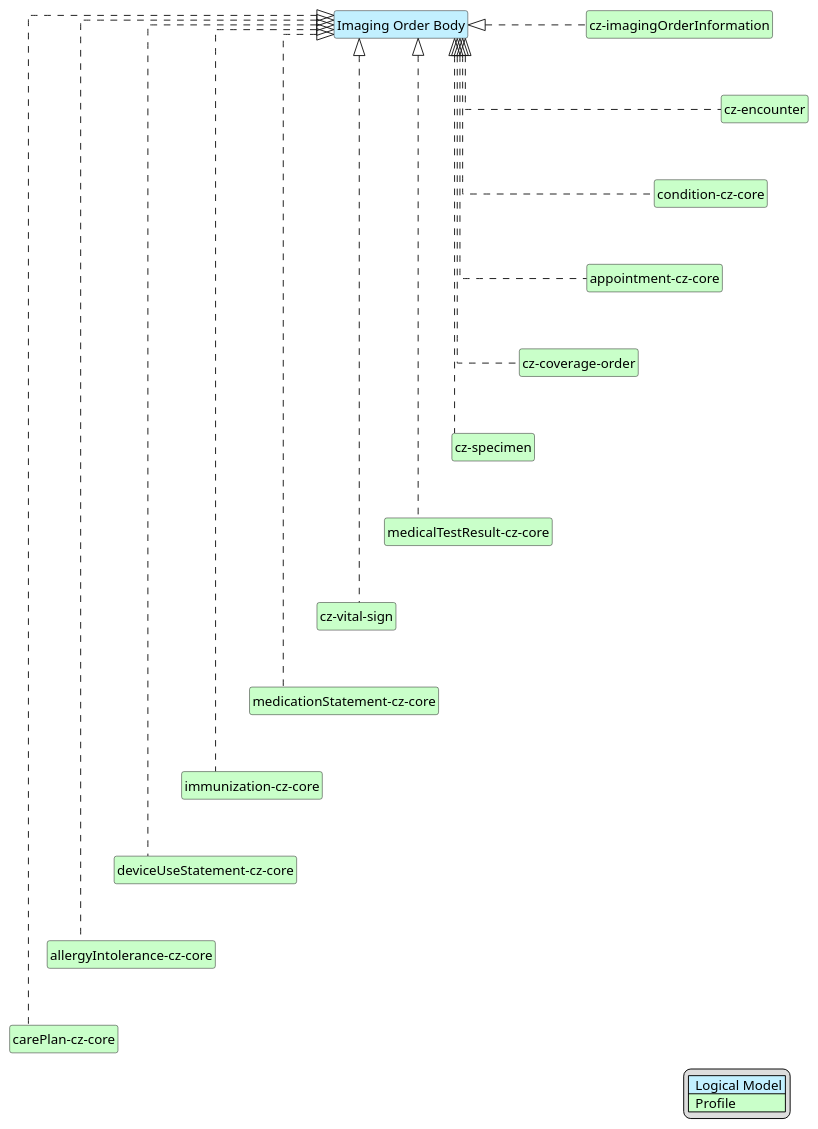
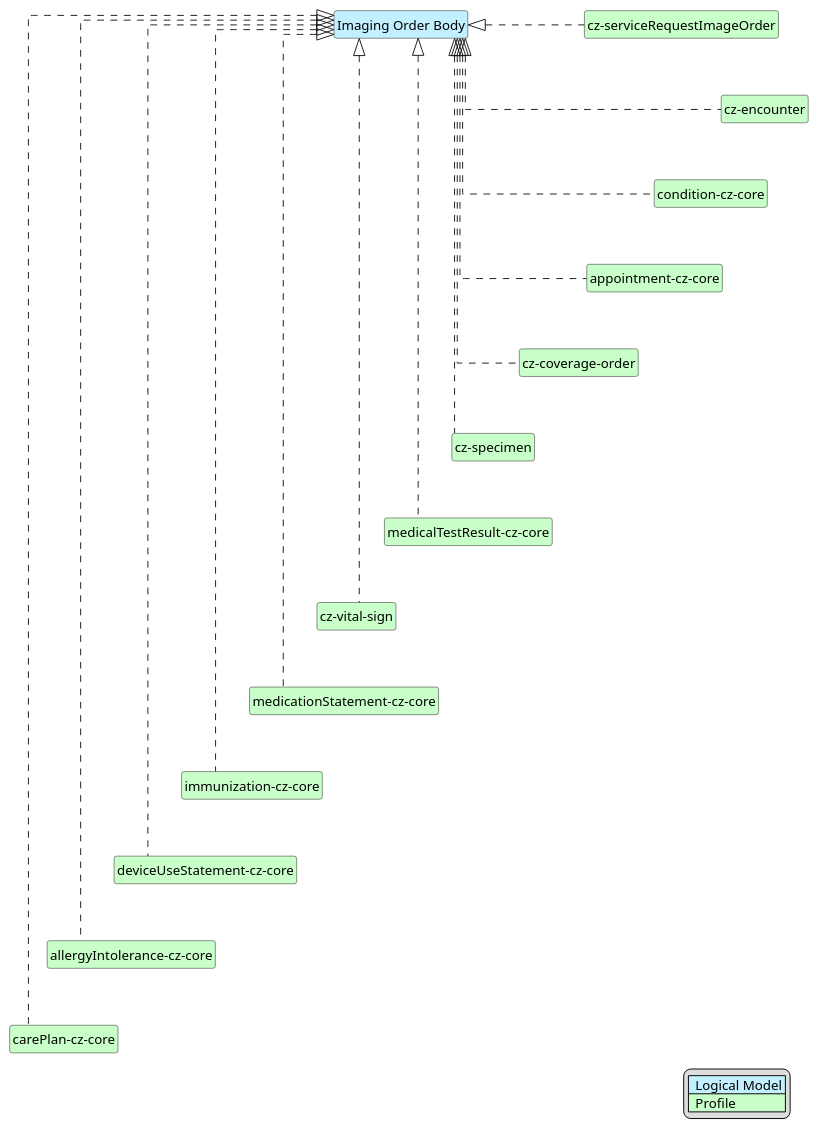
Before and after one commit to HL7-cz/img-order: the diagram in input/images-source/imgOrderBody-map.plantuml, drawn with PlantUML. The commit also changed 21 other files, not shown here.

Commit message:
Rename profile image-order to serviceRequest and add speciality to author and performer

```diff
--- a/input/images-source/imgOrderBody-map.plantuml
+++ b/input/images-source/imgOrderBody-map.plantuml
@@ -1,58 +1,58 @@
 @startuml
 hide circle
 hide stereotype
 hide members
 hide methods
 skinparam linetype ortho
 skinparam class {
 BackgroundColor<<LogicalModel>> #APPLICATION
 BackgroundColor<<Profile>> #TECHNOLOGY
 }
 legend right
 | <#APPLICATION>  Logical Model |
 | <#TECHNOLOGY>  Profile |
 endlegend
 class "Imaging Order Body" <<LogicalModel>> [[StructureDefinition-BodyImageOrderCz.html]]
 
-class "cz-imagingOrderInformation" <<Profile>> [[StructureDefinition-cz-imagingOrderInformation.html]]
+class "cz-serviceRequestImageOrder" <<Profile>> [[StructureDefinition-cz-serviceRequestImageOrder.html]]
 class "condition-cz-core" <<Profile>> [[https://hl7.cz/fhir/core/StructureDefinition-condition-cz-core.html]]
 class "cz-encounter" <<Profile>> [[https://hl7.cz/fhir/core/StructureDefinition-cz-encounter.html]]
 class "cz-coverage-order" <<Profile>> [[StructureDefinition-cz-coverage-order.html]]
 class "appointment-cz-core" <<Profile>> [[https://hl7.cz/fhir/core/StructureDefinition-appointment-cz-core.html]]
 class "cz-specimen" <<Profile>> [[https://hl7.cz/fhir/core/StructureDefinition-cz-specimen.html]]
 class "medicalTestResult-cz-core" <<Profile>> [[https://hl7.cz/fhir/core/StructureDefinition-medicalTestResult-cz-core.html]]
 class "cz-vital-sign" <<Profile>> [[StructureDefinition-cz-vital-sign.html]]
 class "medicationStatement-cz-core" <<Profile>> [[https://hl7.cz/fhir/core/StructureDefinition-medicationStatement-cz-core.html]]
 class "immunization-cz-core" <<Profile>> [[https://hl7.cz/fhir/core/StructureDefinition-immunization-cz-core.html]]
 class "deviceUseStatement-cz-core" <<Profile>> [[https://hl7.cz/fhir/core/StructureDefinition-deviceUseStatement-cz-core.html]]
 class "allergyIntolerance-cz-core" <<Profile>> [[https://hl7.cz/fhir/core/StructureDefinition-allergyIntolerance-cz-core.html]]
 class "carePlan-cz-core" <<Profile>> [[https://hl7.cz/fhir/core/StructureDefinition-carePlan-cz-core.html]]
 
-"Imaging Order Body" <|. "cz-imagingOrderInformation"
+"Imaging Order Body" <|. "cz-serviceRequestImageOrder"
 "Imaging Order Body" <|. "appointment-cz-core"
 "Imaging Order Body" <|. "cz-coverage-order"
 "Imaging Order Body" <|. "condition-cz-core"
 "Imaging Order Body" <|. "cz-encounter"
 "Imaging Order Body" <|. "cz-specimen"
 "Imaging Order Body" <|. "medicalTestResult-cz-core"
 "Imaging Order Body" <|. "cz-vital-sign"
 "Imaging Order Body" <|. "medicationStatement-cz-core"
 "Imaging Order Body" <|. "immunization-cz-core"
 "Imaging Order Body" <|. "deviceUseStatement-cz-core"
 "Imaging Order Body" <|. "allergyIntolerance-cz-core"
 "Imaging Order Body" <|. "carePlan-cz-core"
 
-"cz-imagingOrderInformation" -d[hidden]-> "cz-encounter"
+"cz-serviceRequestImageOrder" -d[hidden]-> "cz-encounter"
 "cz-encounter" -d[hidden]-> "condition-cz-core"
 "condition-cz-core" -d[hidden]-> "appointment-cz-core"
 "appointment-cz-core" -d[hidden]-> "cz-coverage-order"
 "cz-coverage-order" -d[hidden]-> "cz-specimen"
 "cz-specimen" -d[hidden]-> "medicalTestResult-cz-core"
 "medicalTestResult-cz-core" -d[hidden]-> "cz-vital-sign"
 "cz-vital-sign" -d[hidden]-> "medicationStatement-cz-core"
 "medicationStatement-cz-core" -d[hidden]-> "immunization-cz-core"
 "immunization-cz-core" -d[hidden]-> "deviceUseStatement-cz-core"
 "deviceUseStatement-cz-core" -d[hidden]-> "allergyIntolerance-cz-core"
 "allergyIntolerance-cz-core" -d[hidden]-> "carePlan-cz-core"
 
 @enduml
```
